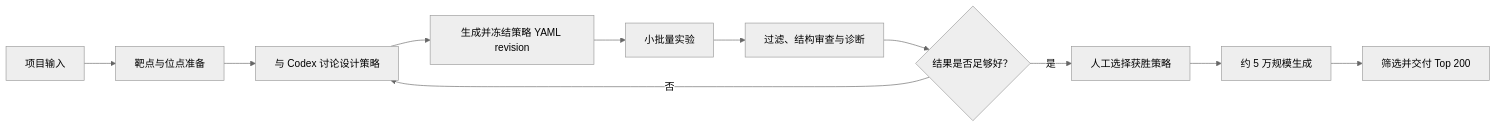
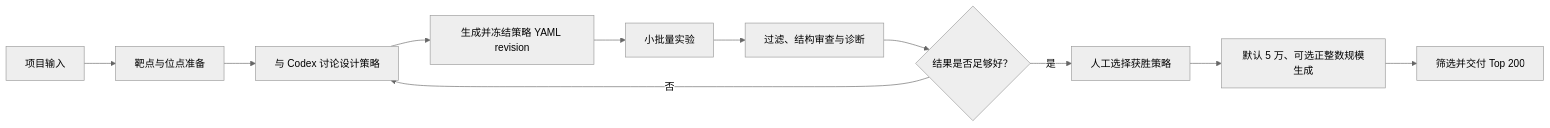
Before and after one commit to Jinchen-Yang/Easydesign-v3-integration: the first of 2 diagrams in docs/PRODUCT_PHILOSOPHY.md, drawn with Mermaid (neutral theme). The commit also changed other lines of this file and 111 other files, not shown here.

````diff
--- a/docs/PRODUCT_PHILOSOPHY.md
+++ b/docs/PRODUCT_PHILOSOPHY.md
@@ -32,13 +32,13 @@
 ```mermaid
 flowchart LR
     A["项目输入"] --> B["靶点与位点准备"]
     B --> C["与 Codex 讨论设计策略"]
     C --> D["生成并冻结策略 YAML revision"]
     D --> E["小批量实验"]
     E --> F["过滤、结构审查与诊断"]
     F --> G{"结果是否足够好？"}
     G -- "否" --> C
     G -- "是" --> H["人工选择获胜策略"]
-    H --> I["约 5 万规模生成"]
+    H --> I["默认 5 万、可选正整数规模生成"]
     I --> J["筛选并交付 Top 200"]
 ```
````
